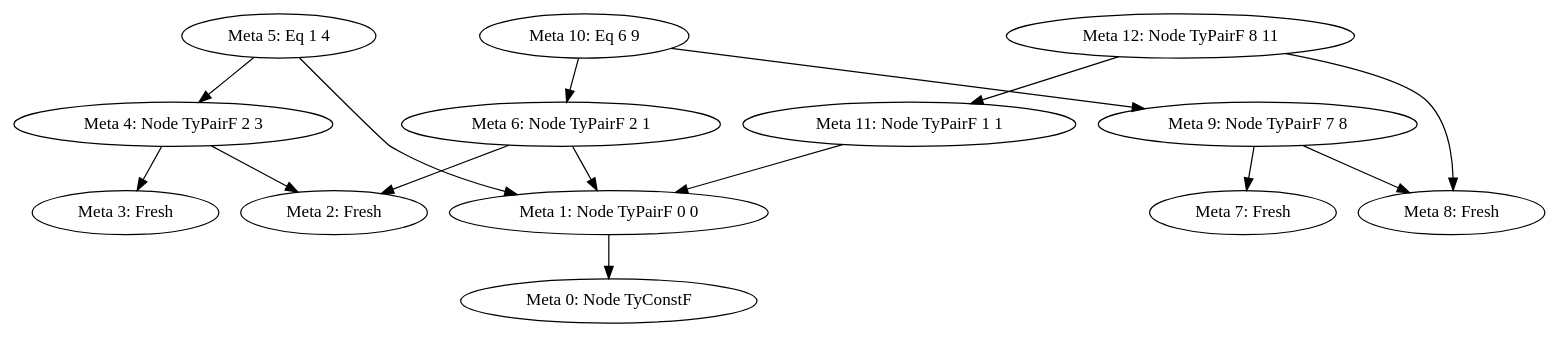
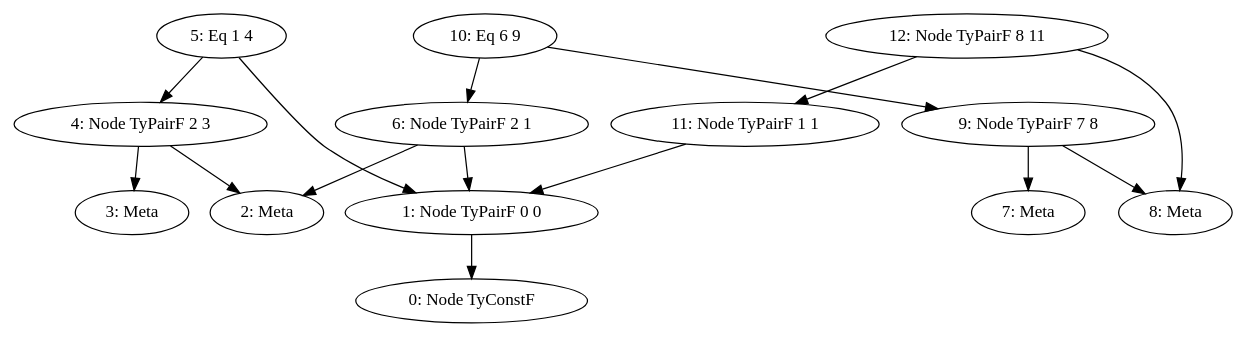
Before and after one commit to ejconlon/uniter: the diagram in dot/exponential-initial.dot, drawn with Graphviz. The commit also changed 22 other files, not shown here.

```diff
--- a/dot/exponential-initial.dot
+++ b/dot/exponential-initial.dot
@@ -1,30 +1,30 @@
 digraph 
 {
-  "0" [label="Meta 0: Node TyConstF"]
-  "1" [label="Meta 1: Node TyPairF 0 0"]
-  "2" [label="Meta 2: Fresh"]
-  "3" [label="Meta 3: Fresh"]
-  "4" [label="Meta 4: Node TyPairF 2 3"]
-  "5" [label="Meta 5: Eq 1 4"]
-  "6" [label="Meta 6: Node TyPairF 2 1"]
-  "7" [label="Meta 7: Fresh"]
-  "8" [label="Meta 8: Fresh"]
-  "9" [label="Meta 9: Node TyPairF 7 8"]
-  "10" [label="Meta 10: Eq 6 9"]
-  "11" [label="Meta 11: Node TyPairF 1 1"]
-  "12" [label="Meta 12: Node TyPairF 8 11"]
+  "0" [label="0: Node TyConstF"]
+  "1" [label="1: Node TyPairF 0 0"]
+  "2" [label="2: Meta"]
+  "3" [label="3: Meta"]
+  "4" [label="4: Node TyPairF 2 3"]
+  "5" [label="5: Eq 1 4"]
+  "6" [label="6: Node TyPairF 2 1"]
+  "7" [label="7: Meta"]
+  "8" [label="8: Meta"]
+  "9" [label="9: Node TyPairF 7 8"]
+  "10" [label="10: Eq 6 9"]
+  "11" [label="11: Node TyPairF 1 1"]
+  "12" [label="12: Node TyPairF 8 11"]
   "1" -> "0"
   "4" -> "2"
   "4" -> "3"
   "5" -> "1"
   "5" -> "4"
   "6" -> "1"
   "6" -> "2"
   "9" -> "7"
   "9" -> "8"
   "10" -> "6"
   "10" -> "9"
   "11" -> "1"
   "12" -> "8"
   "12" -> "11"
 }
```
